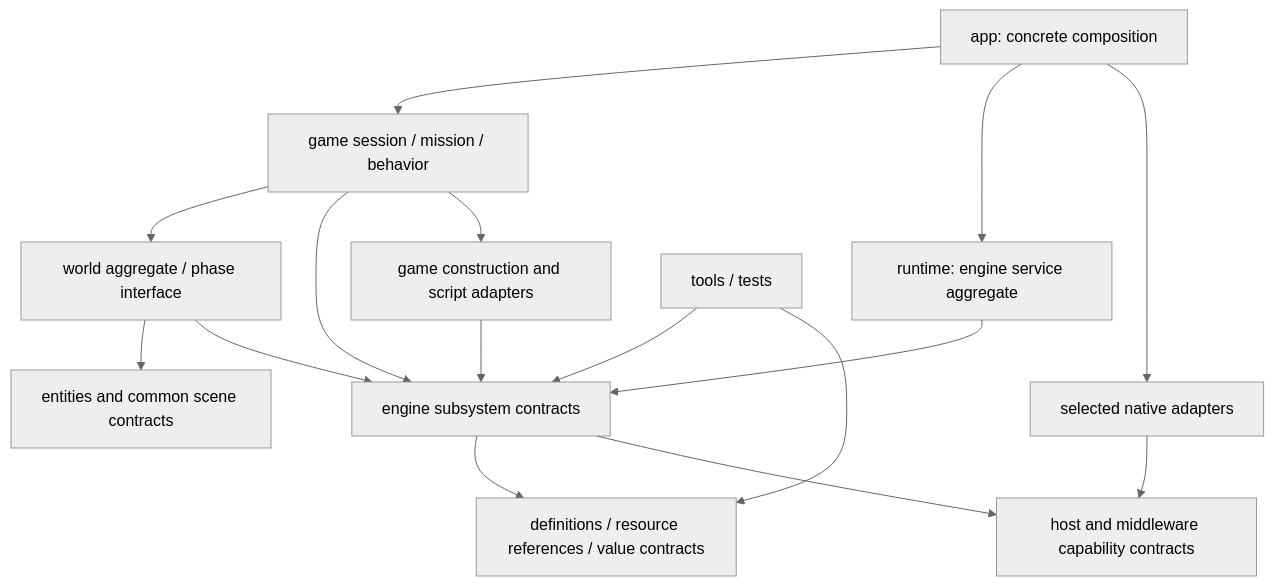
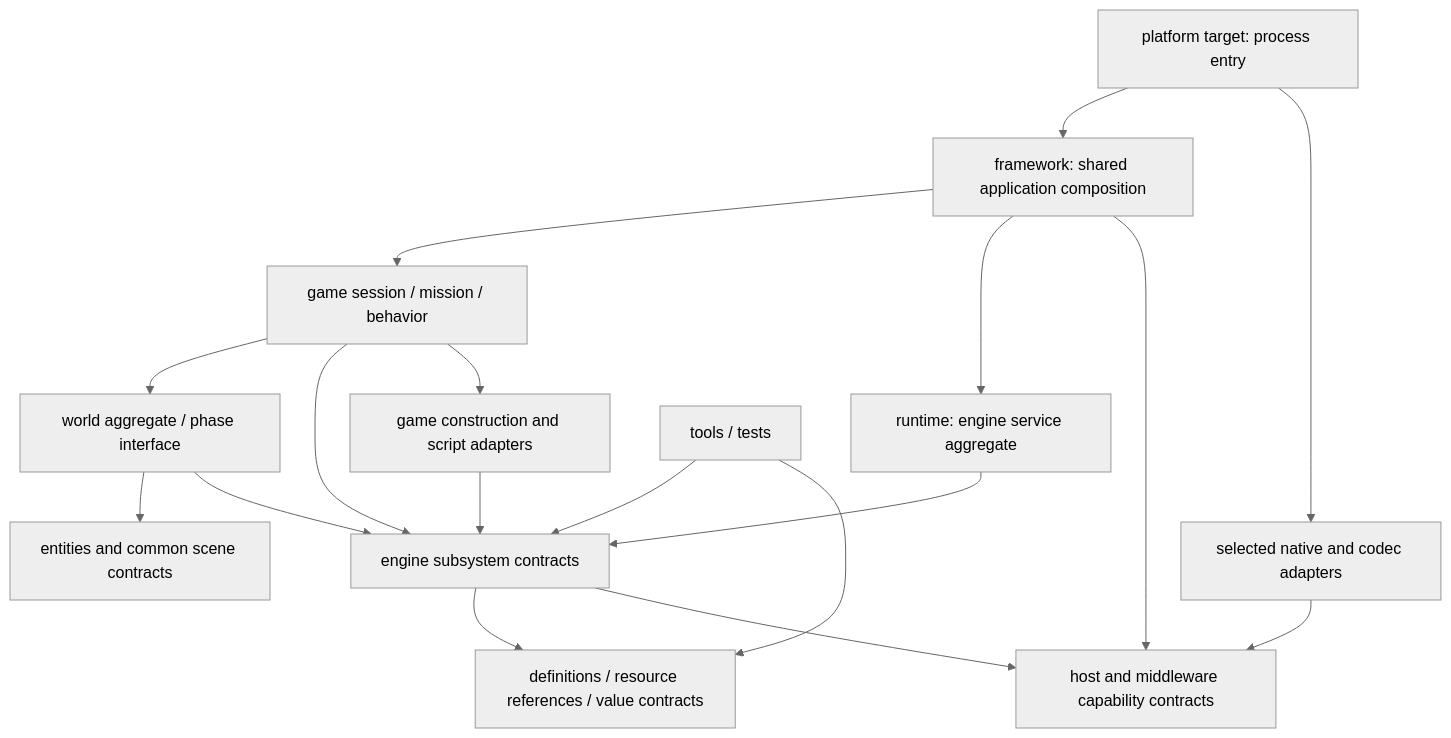
One commit to plainsight-systems/bullet-witch changed the diagram in docs/architecture/file-mapping.md. Above: the diagram before and after it, drawn with Mermaid (neutral theme). The commit also changed other lines of this file and 63 other files, not shown here.

Commit message:
Implement native startup playback and target-owned application entry

````diff
--- a/docs/architecture/file-mapping.md
+++ b/docs/architecture/file-mapping.md
@@ -135,18 +137,20 @@
 ```mermaid
 flowchart TD
-    App["app: concrete composition"] --> Game["game session / mission / behavior"]
-    App --> Runtime["runtime: engine service aggregate"]
-    App --> Adapters["selected native adapters"]
+    Entry["platform target: process entry"] --> Framework["framework: shared application composition"]
+    Entry --> Adapters["selected native and codec adapters"]
+    Framework --> Game["game session / mission / behavior"]
+    Framework --> Runtime["runtime: engine service aggregate"]
+    Framework --> Ports["host and middleware capability contracts"]
     Game --> World["world aggregate / phase interface"]
     Game --> Interfaces["engine subsystem contracts"]
     Game --> Bindings["game construction and script adapters"]
     World --> Entities["entities and common scene contracts"]
     World --> Interfaces
     Runtime --> Interfaces
     Bindings --> Interfaces
     Interfaces --> Data["definitions / resource references / value contracts"]
     Interfaces --> Ports["host and middleware capability contracts"]
     Adapters --> Ports
     Tests["tools / tests"] --> Interfaces
     Tests --> Data
 ```
````
